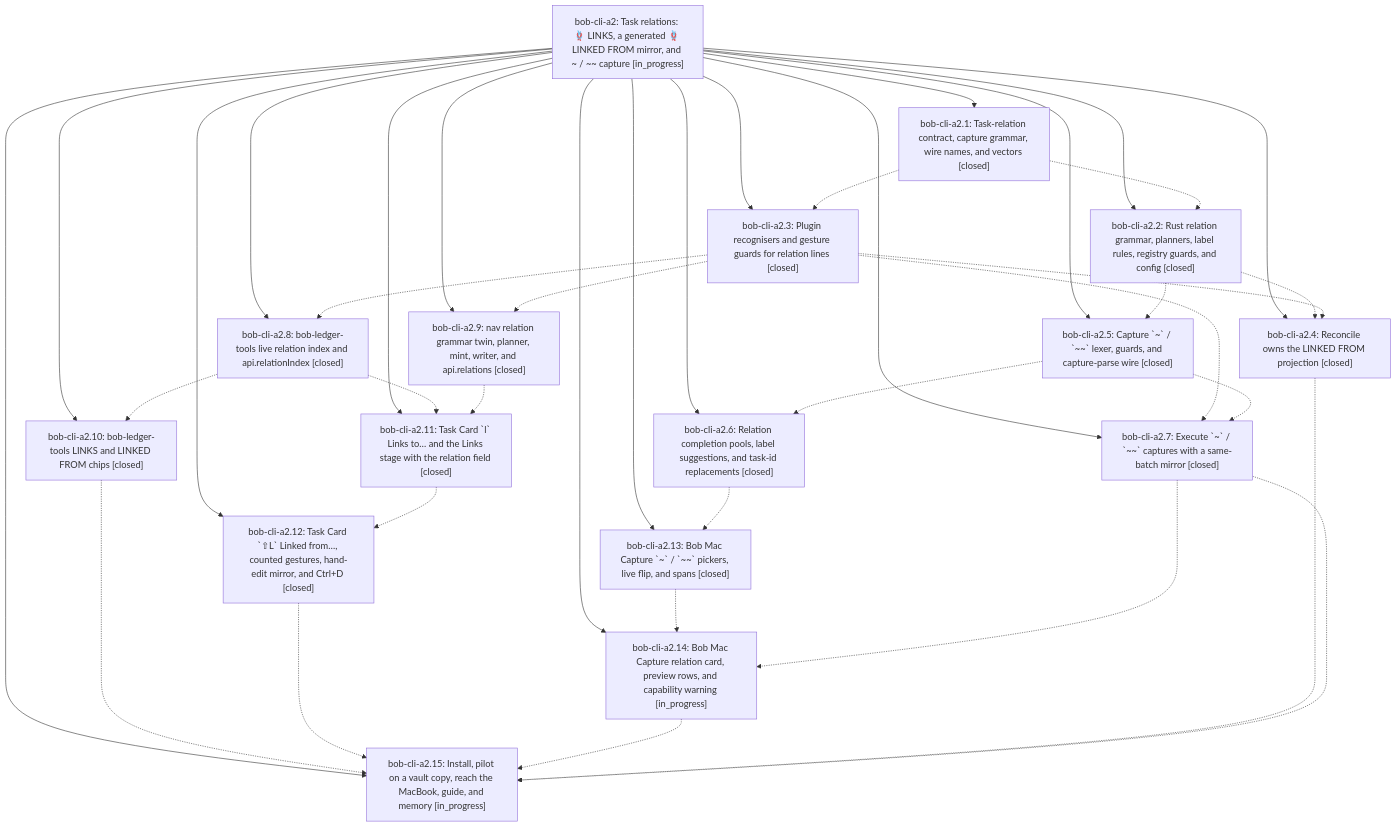
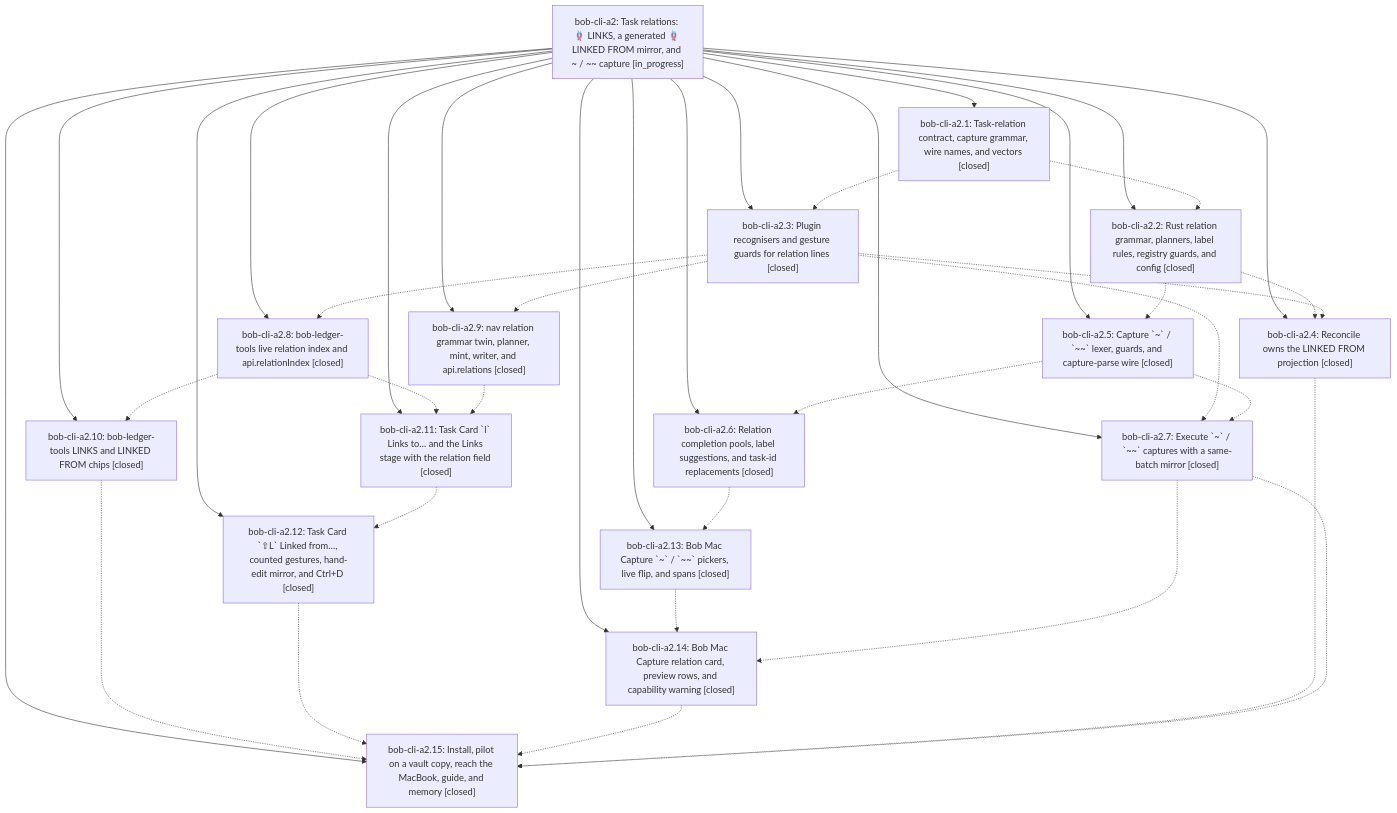
Before and after one commit to bobs-org/bob-cli--beads: the diagram in pages/bob-cli-a2/README.md, drawn with Mermaid. The commit also changed other lines of this file and 10 other files, not shown here.

First line of the commit message:
chore(beads): sync bead state and pages for bob-cli-a2

````diff
--- a/pages/bob-cli-a2/README.md
+++ b/pages/bob-cli-a2/README.md
@@ -50,56 +50,56 @@
 ```mermaid
 flowchart TD
     n0["bob-cli-a2: Task relations: 🪢 LINKS, a generated 🪢 LINKED FROM mirror, and ~ / ~~ capture [in_progress]"]
     n1["bob-cli-a2.1: Task-relation contract, capture grammar, wire names, and vectors [closed]"]
     n2["bob-cli-a2.10: bob-ledger-tools LINKS and LINKED FROM chips [closed]"]
     n3["bob-cli-a2.11: Task Card `l` Links to… and the Links stage with the relation field [closed]"]
     n4["bob-cli-a2.12: Task Card `⇧L` Linked from…, counted gestures, hand-edit mirror, and Ctrl+D [closed]"]
     n5["bob-cli-a2.13: Bob Mac Capture `~` / `~~` pickers, live flip, and spans [closed]"]
-    n6["bob-cli-a2.14: Bob Mac Capture relation card, preview rows, and capability warning [in_progress]"]
-    n7["bob-cli-a2.15: Install, pilot on a vault copy, reach the MacBook, guide, and memory [in_progress]"]
+    n6["bob-cli-a2.14: Bob Mac Capture relation card, preview rows, and capability warning [closed]"]
+    n7["bob-cli-a2.15: Install, pilot on a vault copy, reach the MacBook, guide, and memory [closed]"]
     n8["bob-cli-a2.2: Rust relation grammar, planners, label rules, registry guards, and config [closed]"]
     n9["bob-cli-a2.3: Plugin recognisers and gesture guards for relation lines [closed]"]
     n10["bob-cli-a2.4: Reconcile owns the LINKED FROM projection [closed]"]
     n11["bob-cli-a2.5: Capture `~` / `~~` lexer, guards, and capture-parse wire [closed]"]
     n12["bob-cli-a2.6: Relation completion pools, label suggestions, and task-id replacements [closed]"]
     n13["bob-cli-a2.7: Execute `~` / `~~` captures with a same-batch mirror [closed]"]
     n14["bob-cli-a2.8: bob-ledger-tools live relation index and api.relationIndex [closed]"]
     n15["bob-cli-a2.9: nav relation grammar twin, planner, mint, writer, and api.relations [closed]"]
     n0 --> n1
     n0 --> n2
     n0 --> n3
     n0 --> n4
     n0 --> n5
     n0 --> n6
     n0 --> n7
     n0 --> n8
     n0 --> n9
     n0 --> n10
     n0 --> n11
     n0 --> n12
     n0 --> n13
     n0 --> n14
     n0 --> n15
     n1 -.-> n8
     n1 -.-> n9
     n2 -.-> n7
     n3 -.-> n4
     n4 -.-> n7
     n5 -.-> n6
     n6 -.-> n7
     n8 -.-> n10
     n8 -.-> n11
     n9 -.-> n10
     n9 -.-> n13
     n9 -.-> n14
     n9 -.-> n15
     n10 -.-> n7
     n11 -.-> n12
     n11 -.-> n13
     n12 -.-> n5
     n13 -.-> n6
     n13 -.-> n7
     n14 -.-> n2
     n14 -.-> n3
     n15 -.-> n3
 ```
````
